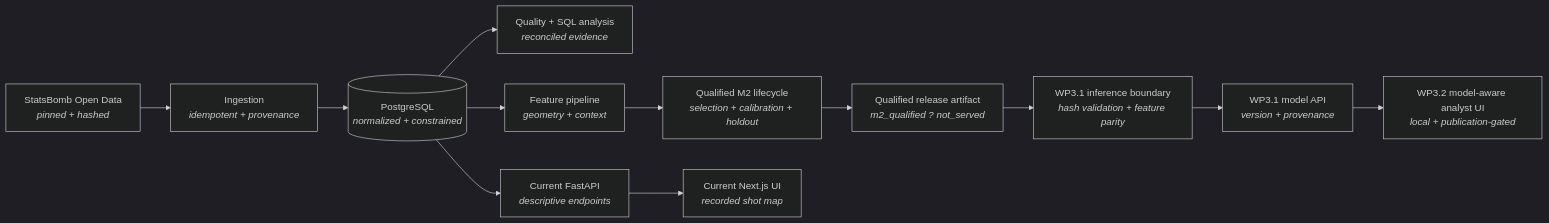
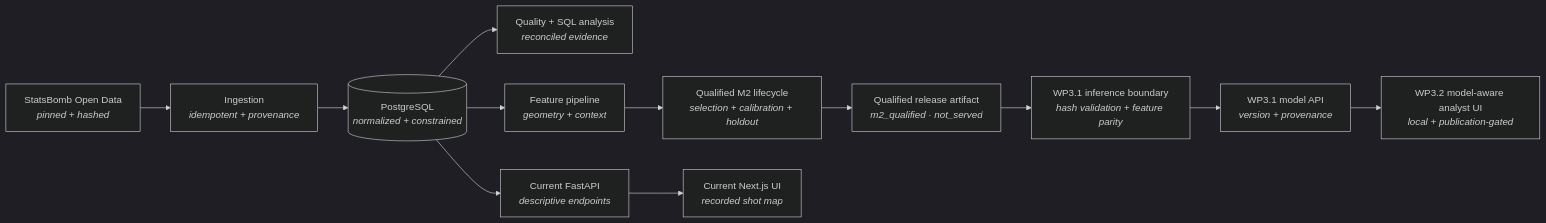
One commit to utkuvibing/touchline-intelligence changed the diagram in README.md. Above: the diagram before and after it, drawn with Mermaid (dark theme). The commit also changed other lines of this file and 5 other files, not shown here.

````diff
--- a/README.md
+++ b/README.md
@@ -153,17 +153,17 @@
 ```mermaid
 flowchart LR
     SB["StatsBomb Open Data<br/><i>pinned + hashed</i>"] --> ING["Ingestion<br/><i>idempotent + provenance</i>"]
     ING --> PG[("PostgreSQL<br/><i>normalized + constrained</i>")]
 
     PG --> QA["Quality + SQL analysis<br/><i>reconciled evidence</i>"]
     PG --> FEAT["Feature pipeline<br/><i>geometry + context</i>"]
     FEAT --> LIFE["Qualified M2 lifecycle<br/><i>selection + calibration + holdout</i>"]
-    LIFE --> ART["Qualified release artifact<br/><i>m2_qualified ? not_served</i>"]
+    LIFE --> ART["Qualified release artifact<br/><i>m2_qualified · not_served</i>"]
 
     PG --> API["Current FastAPI<br/><i>descriptive endpoints</i>"]
     API --> WEB["Current Next.js UI<br/><i>recorded shot map</i>"]
 
     ART --> INF["WP3.1 inference boundary<br/><i>hash validation + feature parity</i>"]
     INF --> PAPI["WP3.1 model API<br/><i>version + provenance</i>"]
     PAPI --> MWEB["WP3.2 model-aware analyst UI<br/><i>local + publication-gated</i>"]
 ```
````
